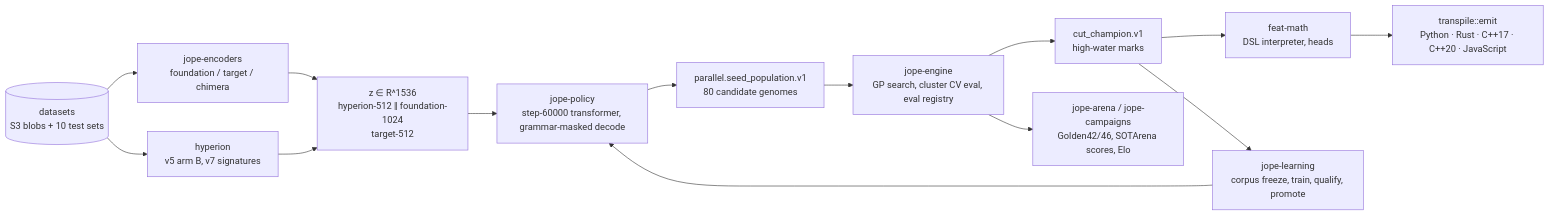
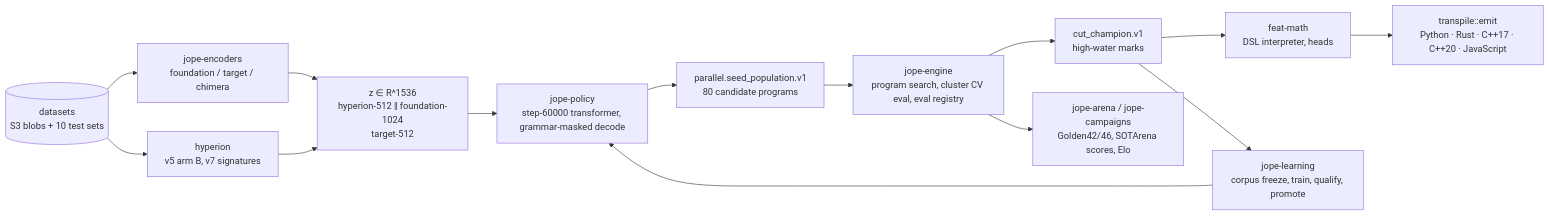
The first of 2 diagrams in docs/architecture.md (neverhuman/JopeDime), drawn with Mermaid before and after one commit. The commit also changed other lines of this file and 31 other files, not shown here.

````diff
--- a/docs/architecture.md
+++ b/docs/architecture.md
@@ -13,16 +13,16 @@
 ```mermaid
 flowchart LR
   DS[(datasets<br/>S3 blobs + 10 test sets)] --> ENC[jope-encoders<br/>foundation / target / chimera]
   DS --> HYP[hyperion<br/>v5 arm B, v7 signatures]
   ENC --> Z[z ∈ R^1536<br/>hyperion-512 ‖ foundation-1024<br/>target-512]
   HYP --> Z
   Z --> POL[jope-policy<br/>step-60000 transformer, grammar-masked decode]
-  POL --> SEEDS[parallel.seed_population.v1<br/>80 candidate genomes]
-  SEEDS --> ENG[jope-engine<br/>GP search, cluster CV eval, eval registry]
+  POL --> SEEDS[parallel.seed_population.v1<br/>80 candidate programs]
+  SEEDS --> ENG[jope-engine<br/>program search, cluster CV eval, eval registry]
   ENG --> WIN[cut_champion.v1<br/>high-water marks]
   WIN --> FM[feat-math<br/>DSL interpreter, heads]
   FM --> EMIT[transpile::emit<br/>Python · Rust · C++17 · C++20 · JavaScript]
   WIN --> LEARN[jope-learning<br/>corpus freeze, train, qualify, promote]
   LEARN --> POL
   ENG --> ARENA[jope-arena / jope-campaigns<br/>Golden42/46, SOTArena scores, Elo]
 ```
````
